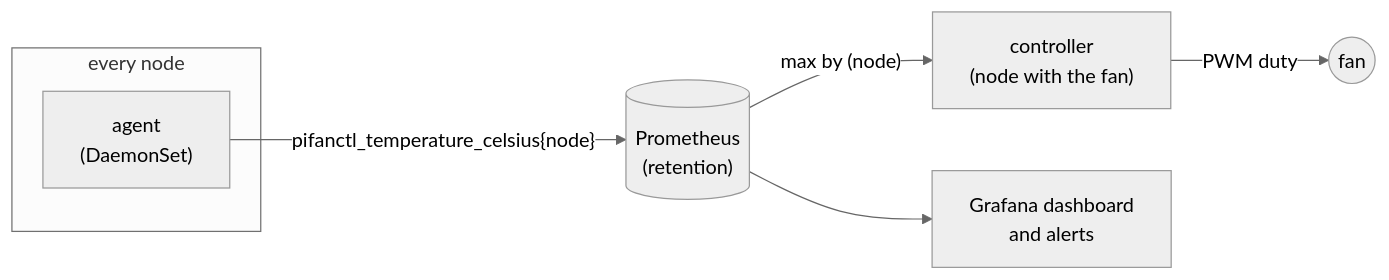
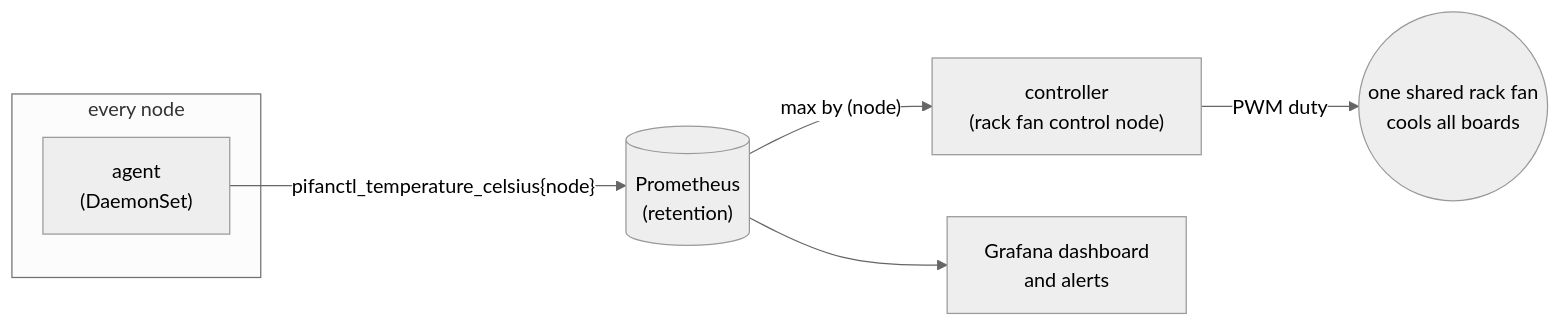
Before and after one commit to jyje/pifanctl: the diagram in README.md, drawn with Mermaid (neutral theme). The commit also changed other lines of this file and 6 other files, not shown here.

First line of the commit message:
📄 docs(readme): feature the shared fan cluster sticker

````diff
--- a/README.md
+++ b/README.md
@@ -27,10 +28,10 @@
 ```mermaid
 flowchart LR
   subgraph nodes["every node"]
     A1["agent<br/>(DaemonSet)"]
   end
   A1 -- "pifanctl_temperature_celsius{node}" --> P[("Prometheus<br/>(retention)")]
-  P -- "max by (node)" --> C["controller<br/>(node with the fan)"]
-  C -- "PWM duty" --> F(("fan"))
+  P -- "max by (node)" --> C["controller<br/>(rack fan control node)"]
+  C -- "PWM duty" --> F(("one shared rack fan<br/>cools all boards"))
   P --> G["Grafana dashboard<br/>and alerts"]
 ```
````
